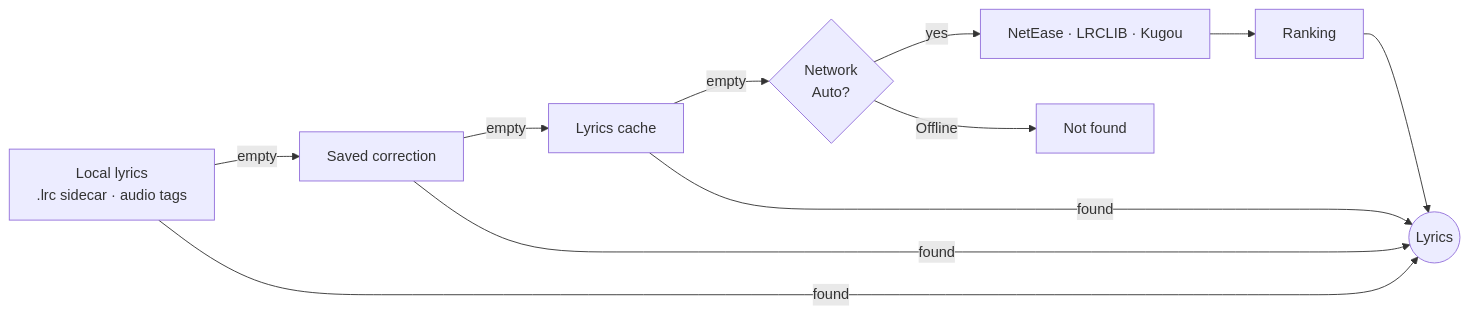
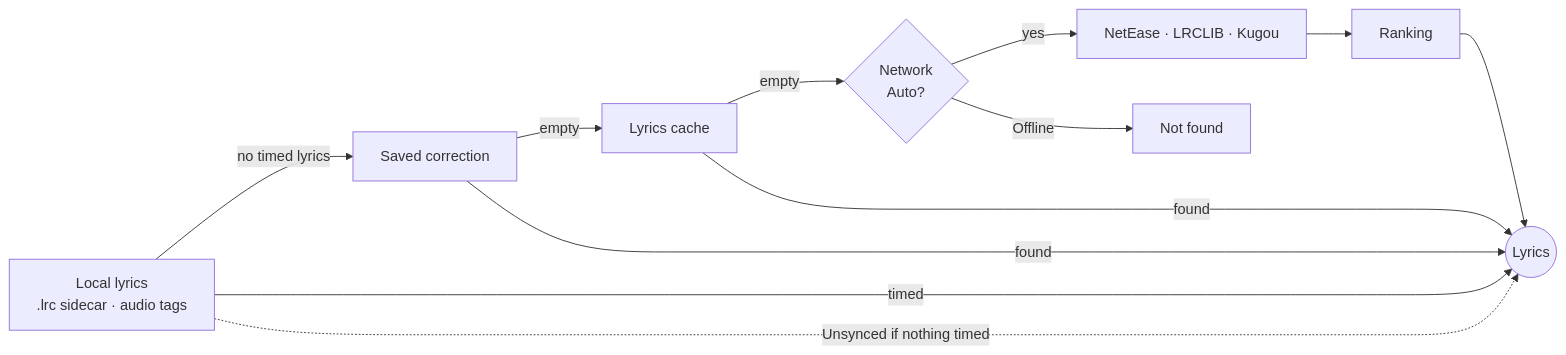
Before and after one commit to Nombah501/n501-verse: the diagram in README.md, drawn with Mermaid. The commit also changed other lines of this file and 10 other files, not shown here.

````diff
--- a/README.md
+++ b/README.md
@@ -58,13 +58,14 @@
 ```mermaid
 flowchart LR
-  A[Local lyrics<br/>.lrc sidecar · audio tags] -->|empty| B[Saved correction]
+  A[Local lyrics<br/>.lrc sidecar · audio tags] -->|no timed lyrics| B[Saved correction]
   B -->|empty| C[Lyrics cache]
   C -->|empty| D{Network<br/>Auto?}
   D -->|yes| E[NetEase · LRCLIB · Kugou]
   E --> F[Ranking]
   D -->|Offline| G[Not found]
-  A -->|found| H((Lyrics))
+  A -->|timed| H((Lyrics))
+  A -.->|Unsynced if nothing timed| H
   B -->|found| H
   C -->|found| H
   F --> H
 ```
````
